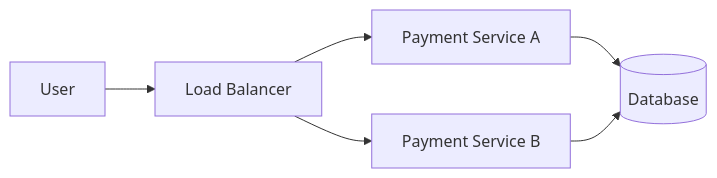
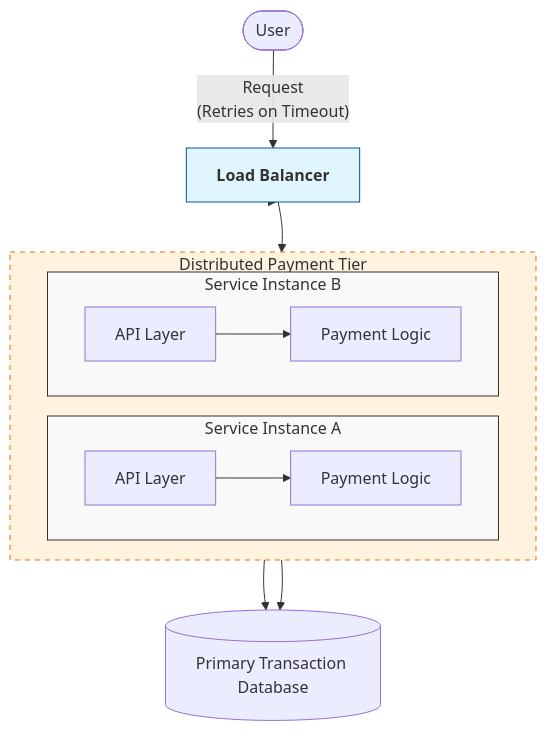
Before and after one commit to shawshubham/shawshubham.github.io: the second of 2 diagrams in content/learning/advanced-skills/high-level-design/4_correct-reliable-systems/4_2_problem-and-requirement.md, drawn with Mermaid. The commit also changed other lines of this file and 49 other files, not shown here.

First line of the commit message:
Updated phase 3 reliable system design with better flow

````diff
--- a/content/learning/advanced-skills/high-level-design/4_correct-reliable-systems/4_2_problem-and-requirement.md
+++ b/content/learning/advanced-skills/high-level-design/4_correct-reliable-systems/4_2_problem-and-requirement.md
@@ -259,11 +291,27 @@
 ```mermaid
-flowchart LR
+flowchart TD
+    User([User]) -- "Request<br>(Retries on Timeout)" --> LB[<b>Load Balancer</b>]
 
-    User --> LB[Load Balancer]
+    subgraph Service_Fleet [Distributed Payment Tier]
+        direction LR
+        subgraph Instance_A [Service Instance A]
+            API_A[API Layer] --> PS_A[Payment Logic]
+        end
 
-    LB --> S1[Payment Service A]
-    LB --> S2[Payment Service B]
+        subgraph Instance_B [Service Instance B]
+            API_B[API Layer] --> PS_B[Payment Logic]
+        end
+    end
 
-    S1 --> DB[(Database)]
-    S2 --> DB
+    %% Direct connections from the bottom of LB
+    LB --> Instance_A
+    LB --> Instance_B
+
+    %% Internal logic to DB
+    PS_A & PS_B --> DB[(Primary Transaction Database)]
+
+    style LB fill:#e1f5fe,stroke:#01579b
+    style Instance_A fill:#f9f9f9,stroke:#333
+    style Instance_B fill:#f9f9f9,stroke:#333
+    style Service_Fleet fill:#fff3e0,stroke:#ef6c00,stroke-dasharray: 5 5
 ```
````
